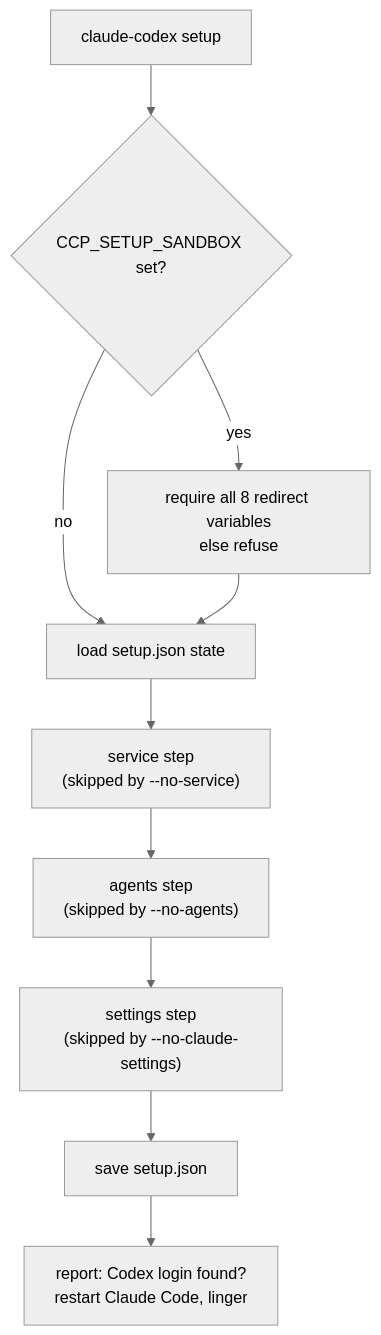
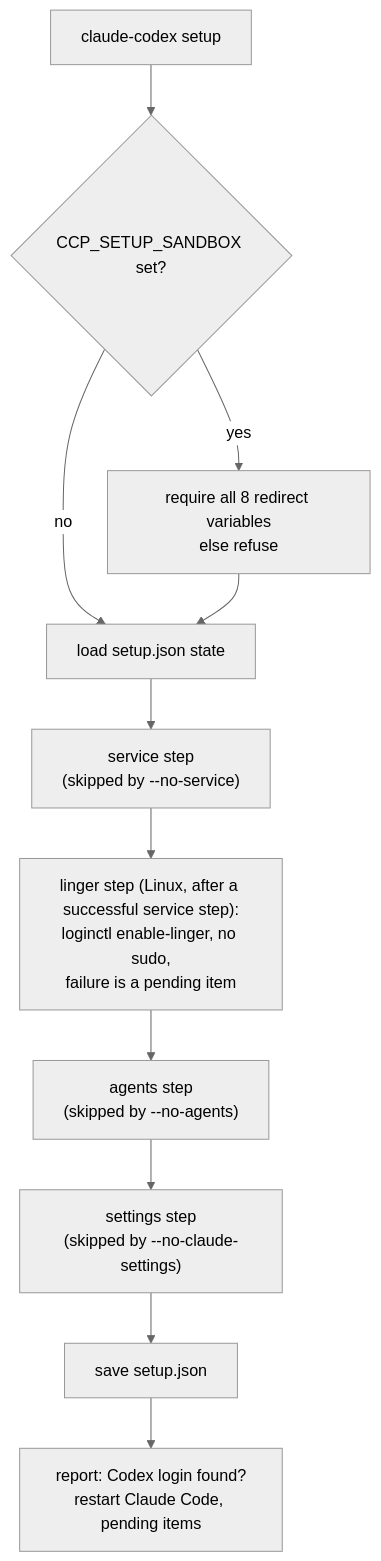
One commit to josefl03/claude-codex changed the fifth of 7 diagrams in ARCHITECTURE.md. Above: the diagram before and after it, drawn with Mermaid (neutral theme). The commit also changed other lines of this file and 19 other files, not shown here.

First line of the commit message:
Release 0.6.0: one-command installer, linger without sudo, real examples

````diff
--- a/ARCHITECTURE.md
+++ b/ARCHITECTURE.md
@@ -153,12 +155,13 @@
 ```mermaid
 flowchart TD
     S["claude-codex setup"] --> G{"CCP_SETUP_SANDBOX set?"}
     G -- yes --> CK["require all 8 redirect variables<br/>else refuse"]
     G -- no --> ST
     CK --> ST["load setup.json state"]
     ST --> SV["service step<br/>(skipped by --no-service)"]
-    SV --> AG["agents step<br/>(skipped by --no-agents)"]
+    SV --> LG["linger step (Linux, after a successful service step):<br/>loginctl enable-linger, no sudo,<br/>failure is a pending item"]
+    LG --> AG["agents step<br/>(skipped by --no-agents)"]
     AG --> CS["settings step<br/>(skipped by --no-claude-settings)"]
     CS --> SAVE["save setup.json"]
-    SAVE --> CX["report: Codex login found?<br/>restart Claude Code, linger"]
+    SAVE --> CX["report: Codex login found?<br/>restart Claude Code, pending items"]
 ```
````
